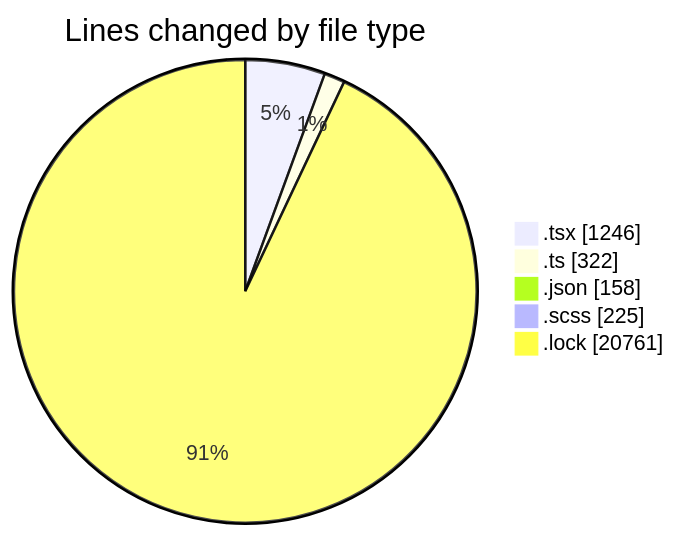
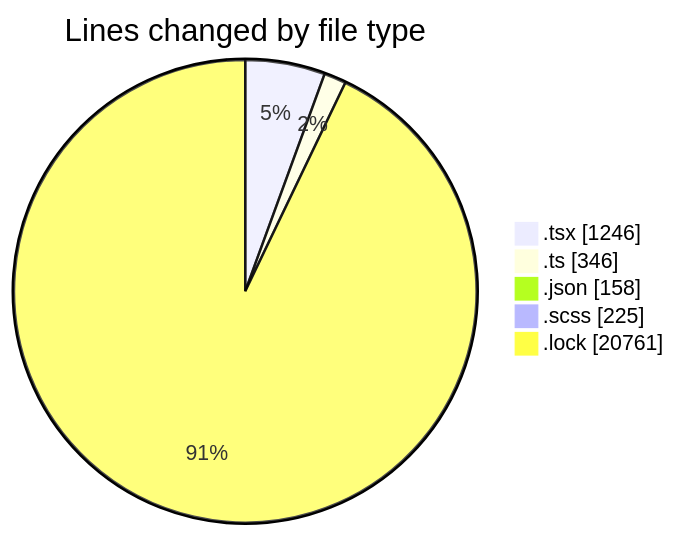
The first of 2 diagrams in 2025-04-29/cda/README.md (momahboobian/code-tracking), drawn with Mermaid before and after one commit. The commit also changed other lines of this file and 1 other file, not shown here.

````diff
--- a/2025-04-29/cda/README.md
+++ b/2025-04-29/cda/README.md
@@ -39,9 +39,9 @@
 ```mermaid
 pie showData
 title Lines changed by file type
 ".tsx" : 1246
-".ts" : 322
+".ts" : 346
 ".json" : 158
 ".scss" : 225
 ".lock" : 20761
 ```
````
